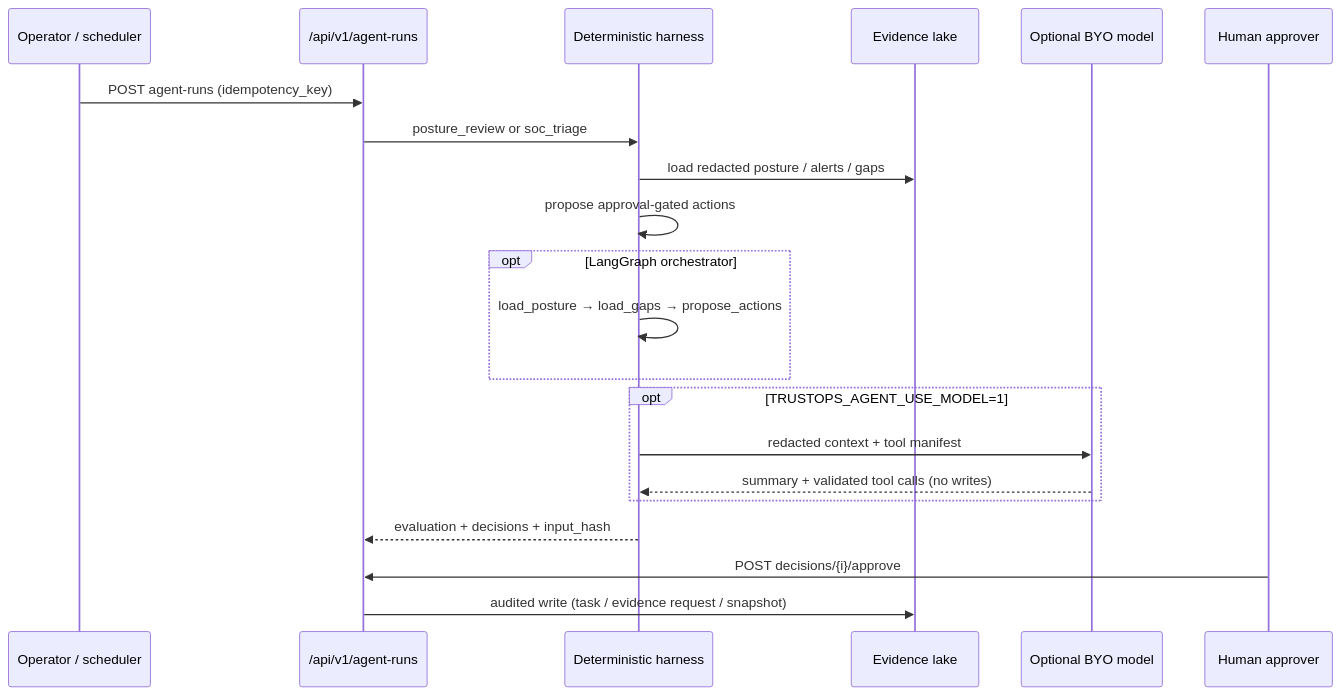
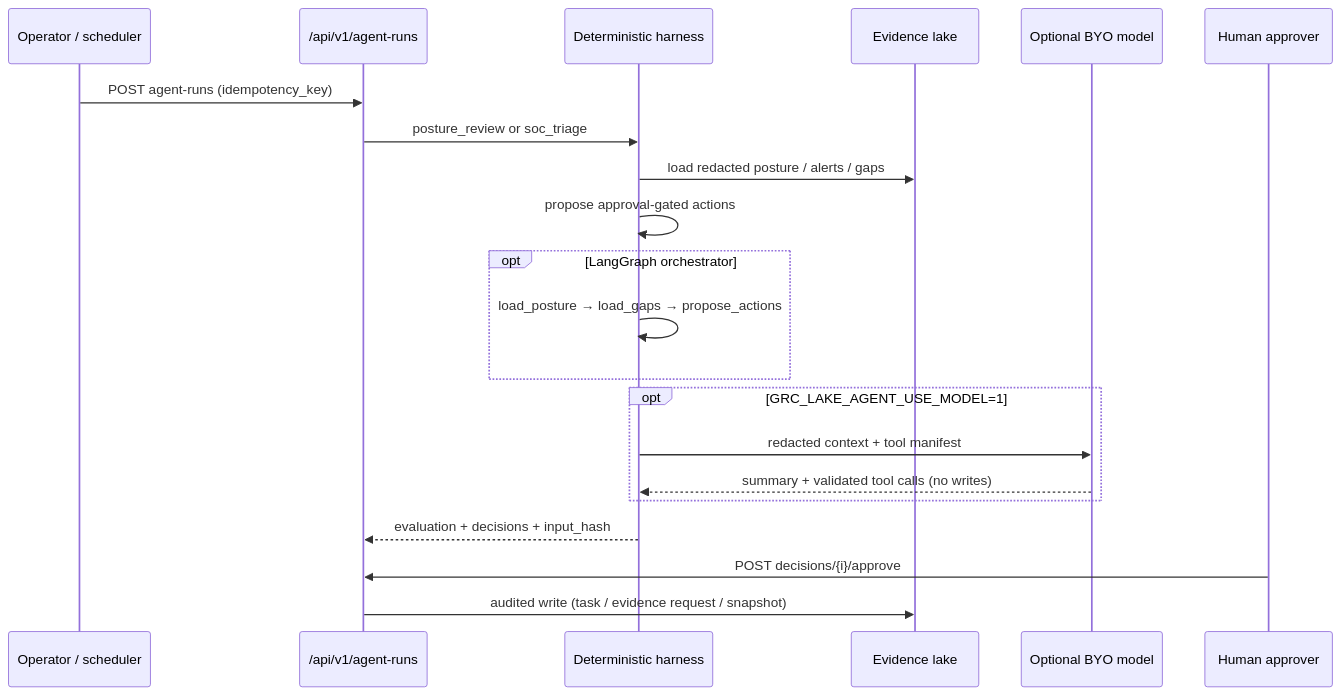
One commit to msaad00/grc-lake changed the diagram in docs/diagrams/agent-workflow.md. Above: the diagram before and after it, drawn with Mermaid. The commit also changed other lines of this file and 478 other files, not shown here.

Commit message:
feat: rebrand TrustOps as GRC Lake with upgrade aliases

````diff
--- a/docs/diagrams/agent-workflow.md
+++ b/docs/diagrams/agent-workflow.md
@@ -3,24 +3,24 @@
 ```mermaid
 sequenceDiagram
   participant Operator as Operator / scheduler
   participant API as /api/v1/agent-runs
   participant Harness as Deterministic harness
   participant Lake as Evidence lake
   participant Model as Optional BYO model
   participant Human as Human approver
 
   Operator->>API: POST agent-runs (idempotency_key)
   API->>Harness: posture_review or soc_triage
   Harness->>Lake: load redacted posture / alerts / gaps
   Harness->>Harness: propose approval-gated actions
   opt LangGraph orchestrator
     Harness->>Harness: load_posture → load_gaps → propose_actions
   end
-  opt TRUSTOPS_AGENT_USE_MODEL=1
+  opt GRC_LAKE_AGENT_USE_MODEL=1
     Harness->>Model: redacted context + tool manifest
     Model-->>Harness: summary + validated tool calls (no writes)
   end
   Harness-->>API: evaluation + decisions + input_hash
   Human->>API: POST decisions/{i}/approve
   API->>Lake: audited write (task / evidence request / snapshot)
 ```
````
